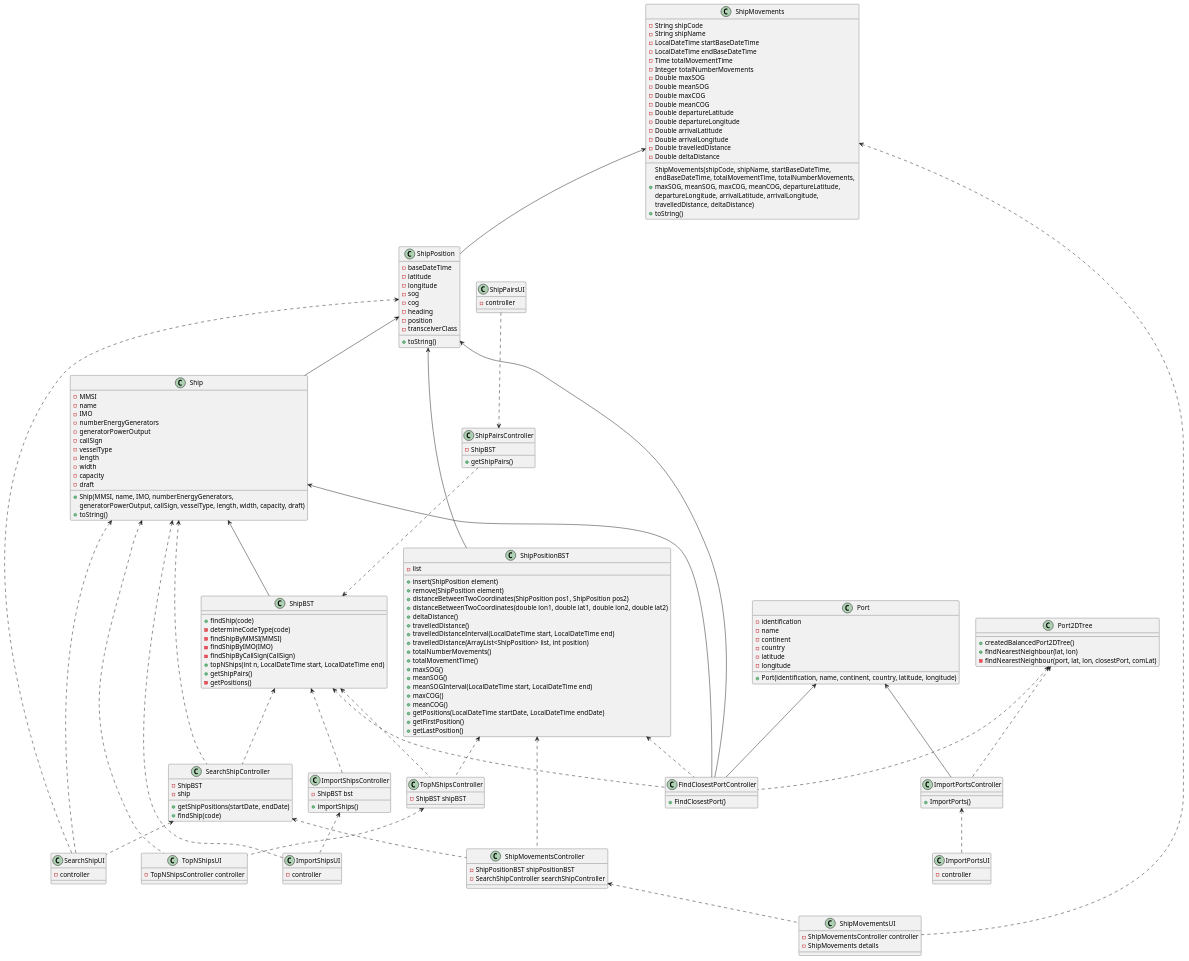
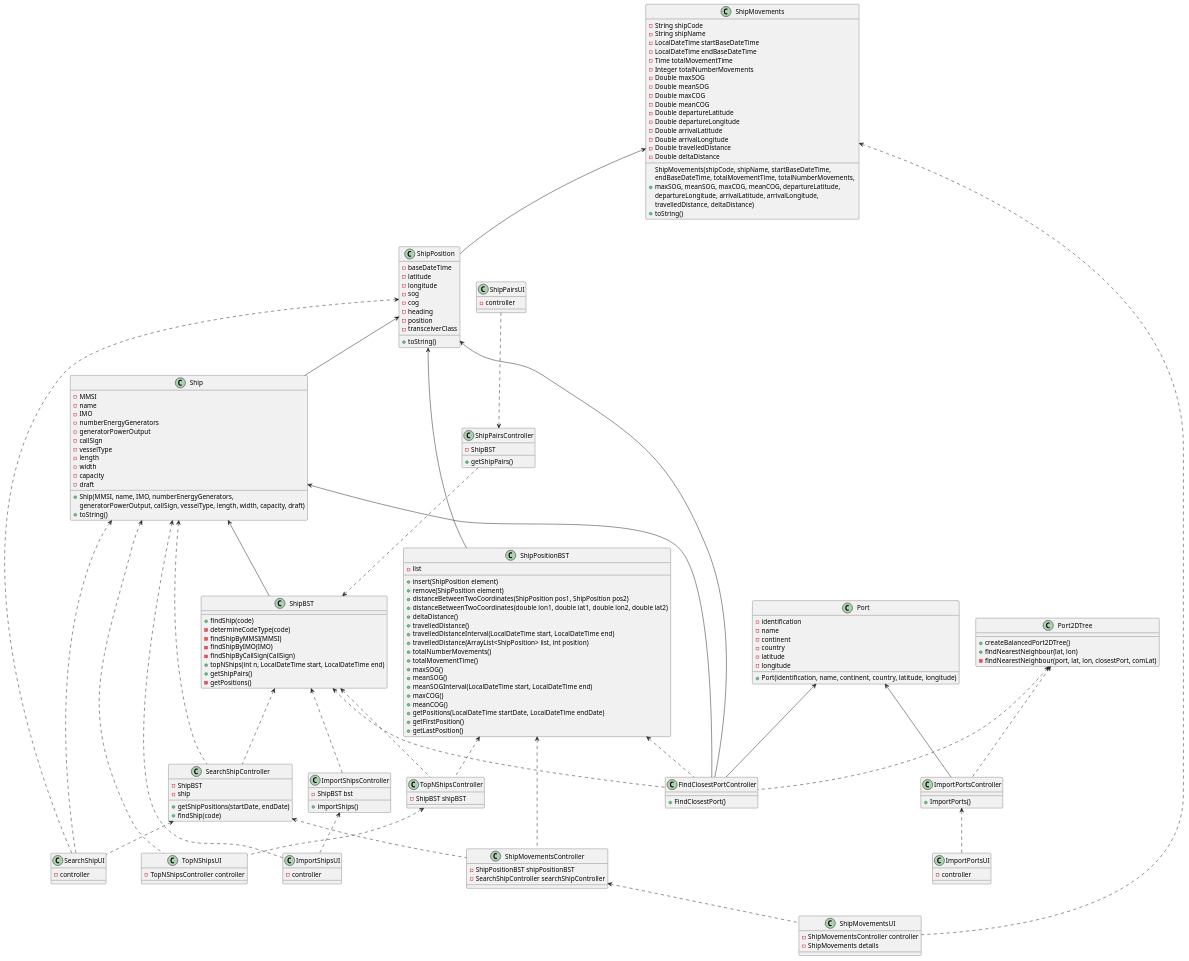
Before and after one commit to 1190772/LAB-Project-3: the diagram in docs/Sprint 3/Class Diagram/CD.puml, drawn with PlantUML. The commit also changed 11 other files, not shown here.

```diff
--- a/docs/Sprint 3/Class Diagram/CD.puml
+++ b/docs/Sprint 3/Class Diagram/CD.puml
@@ -150,7 +150,7 @@
 }
 
 class Port2DTree {
-+ createdBalancedPort2DTree()
++ createBalancedPort2DTree()
 + findNearestNeighbour(lat, lon)
 - findNearestNeighbour(port, lat, lon, closestPort, comLat)
 }
```
